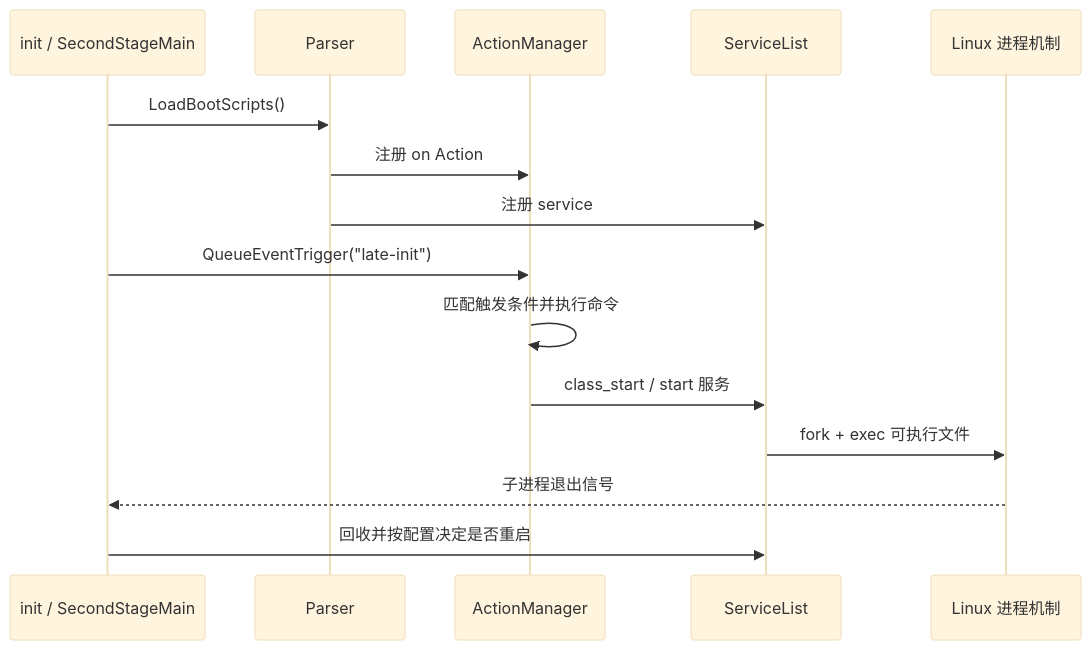
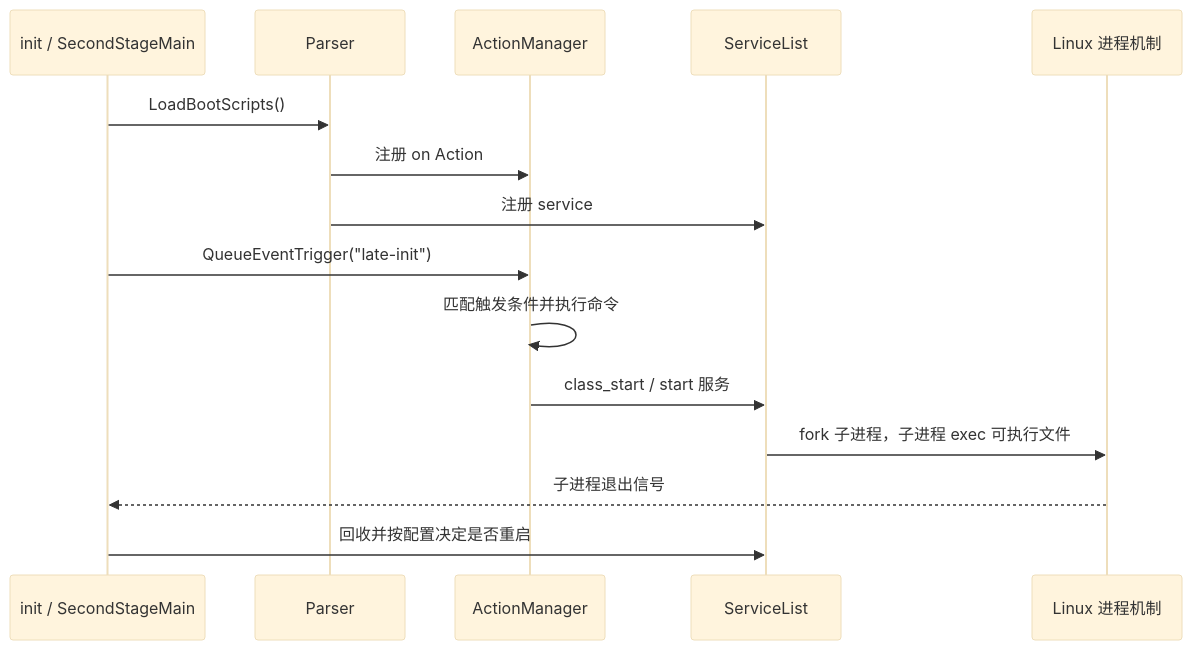
The third of 3 diagrams in Android源码学习/04-init进程与rc脚本.md (junyingzhao001/StudyNotes), drawn with Mermaid (base theme) before and after one commit. The commit also changed other lines of this file and 617 other files, not shown here.

````diff
--- a/Android源码学习/04-init进程与rc脚本.md
+++ b/Android源码学习/04-init进程与rc脚本.md
@@ -317,18 +323,18 @@
 ```mermaid
 sequenceDiagram
     participant Init as init / SecondStageMain
     participant Parser as Parser
     participant AM as ActionManager
     participant SL as ServiceList
     participant OS as Linux 进程机制
 
     Init->>Parser: LoadBootScripts()
     Parser->>AM: 注册 on Action
     Parser->>SL: 注册 service
     Init->>AM: QueueEventTrigger("late-init")
     AM->>AM: 匹配触发条件并执行命令
     AM->>SL: class_start / start 服务
-    SL->>OS: fork + exec 可执行文件
+    SL->>OS: fork 子进程，子进程 exec 可执行文件
     OS-->>Init: 子进程退出信号
     Init->>SL: 回收并按配置决定是否重启
 ```
````
